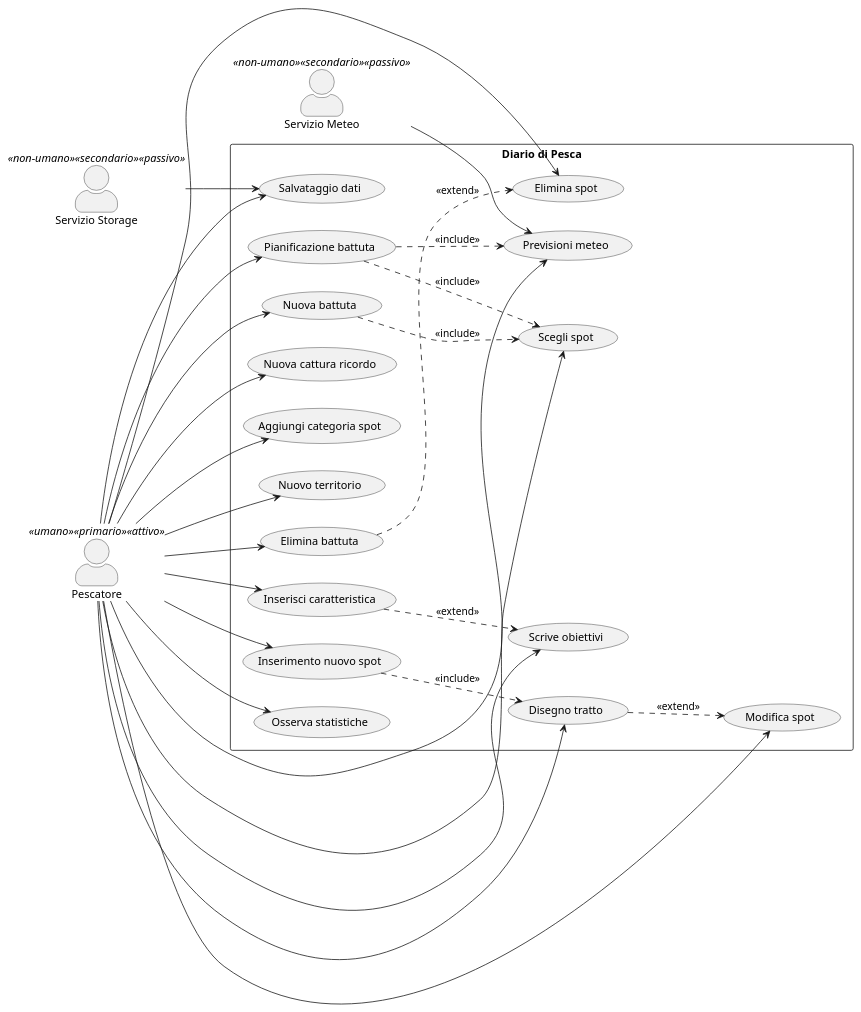
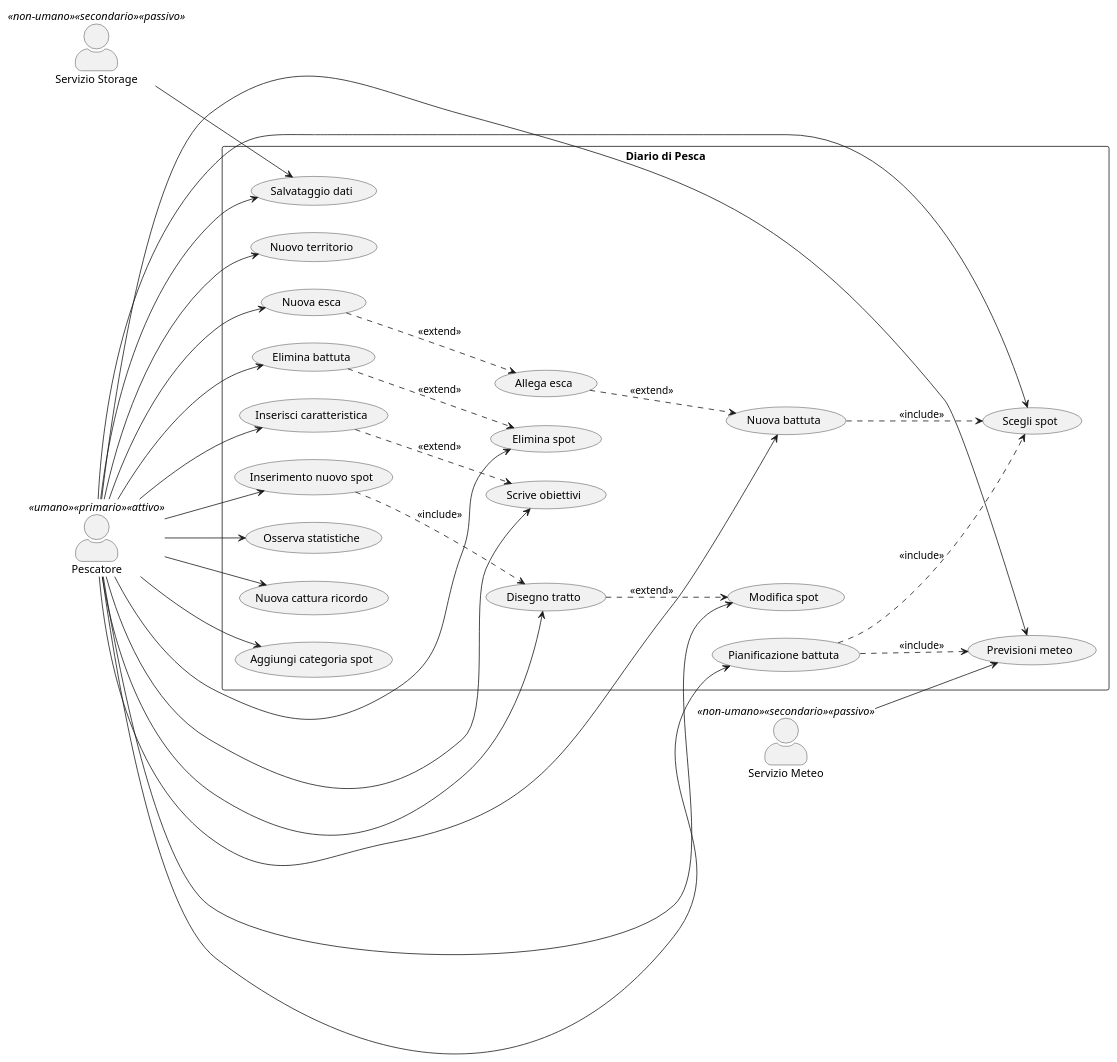
One commit to LocaCele04/LC_Tesi changed the diagram in diagrams/diagramma_casi_uso.puml. Above: the diagram before and after it, drawn with PlantUML. The commit also changed 3 other files, not shown here.

```diff
--- a/diagrams/diagramma_casi_uso.puml
+++ b/diagrams/diagramma_casi_uso.puml
@@ -1,67 +1,70 @@
 @startuml Diagramma_dei_casi_duso
 left to right direction
 skinparam packageStyle rectangle
 skinparam actorStyle awesome
 
 actor "Pescatore" as Pescatore <<umano>> <<primario>> <<attivo>>
 actor "Servizio Meteo" as Meteo <<non-umano>> <<secondario>> <<passivo>>
 actor "Servizio Storage" as Storage <<non-umano>> <<secondario>> <<passivo>>
 
 rectangle "Diario di Pesca" {
   ' --- nuovi casi uso ---
 	usecase "Disegno tratto" as UC_DisegnoTratto
 	usecase "Elimina battuta" as UC_EliminaBattuta
 	usecase "Inserisci caratteristica" as UC_NuovaCaratteristica
+	usecase "Nuova esca" as UC_InserisciEsca
+	usecase "Allega esca" as UC_AllegaEsca
 	usecase "Scrive obiettivi" as UC_NuovoObiettivo
 	usecase "Previsioni meteo" as UC_Previsioni
 	usecase "Inserimento nuovo spot" as UC_NuovoSpot
 	usecase "Modifica spot" as UC_ModificaSpot
 	usecase "Scegli spot" as UC_SceltaSpot
 	usecase "Osserva statistiche" as UC_Statistiche
 	usecase "Elimina spot" as UC_EliminaSpot
 	usecase "Salvataggio dati" as UC_Backup
 	usecase "Nuova battuta" as UC_NuovaBattuta
 	usecase "Pianificazione battuta" as UC_Pianificazione
 	usecase "Nuova cattura ricordo" as UC_CatturaMemorabile
 	usecase "Aggiungi categoria spot" as UC_NuovaClassificazione
 	usecase "Nuovo territorio" as UC_NuovaValle
 	
   
 
   ' --- nuove associazioni ---
 	UC_NuovoSpot ..> UC_DisegnoTratto : <<include>>
 	UC_DisegnoTratto ..> UC_ModificaSpot : <<extend>>
 	UC_NuovaBattuta ..> UC_SceltaSpot : <<include>>
 	UC_Pianificazione ..> UC_Previsioni : <<include>>
 	UC_Pianificazione ..> UC_SceltaSpot : <<include>>
 	UC_NuovaCaratteristica ..> UC_NuovoObiettivo : <<extend>>  
 	UC_EliminaBattuta ..> UC_EliminaSpot : <<extend>> 
-
-
+	UC_InserisciEsca ..> UC_AllegaEsca : <<extend>>
+	UC_AllegaEsca ..> UC_NuovaBattuta : <<extend>>
   
 
 
   ' --- Regola di business, l'eliminazione da parte del pescatore dello spot elimina anche il tratto associato e viceversa ---
 }
 
 ' --- associazioni con attori ---
 	Meteo --> UC_Previsioni
 	Storage --> UC_Backup
 	Pescatore --> UC_NuovoSpot
+	Pescatore --> UC_InserisciEsca
 	Pescatore --> UC_ModificaSpot
 	Pescatore --> UC_SceltaSpot
 	Pescatore --> UC_EliminaSpot
 	Pescatore --> UC_Statistiche
 	Pescatore --> UC_Backup
 	Pescatore --> UC_EliminaBattuta 
 	Pescatore --> UC_DisegnoTratto
 	Pescatore --> UC_CatturaMemorabile
 	Pescatore --> UC_NuovaCaratteristica
 	Pescatore --> UC_NuovaBattuta
 	Pescatore --> UC_Pianificazione
 	Pescatore --> UC_NuovoObiettivo
 	Pescatore --> UC_Previsioni
 	Pescatore --> UC_NuovaClassificazione
 	Pescatore --> UC_NuovaValle
 
 @enduml
```
